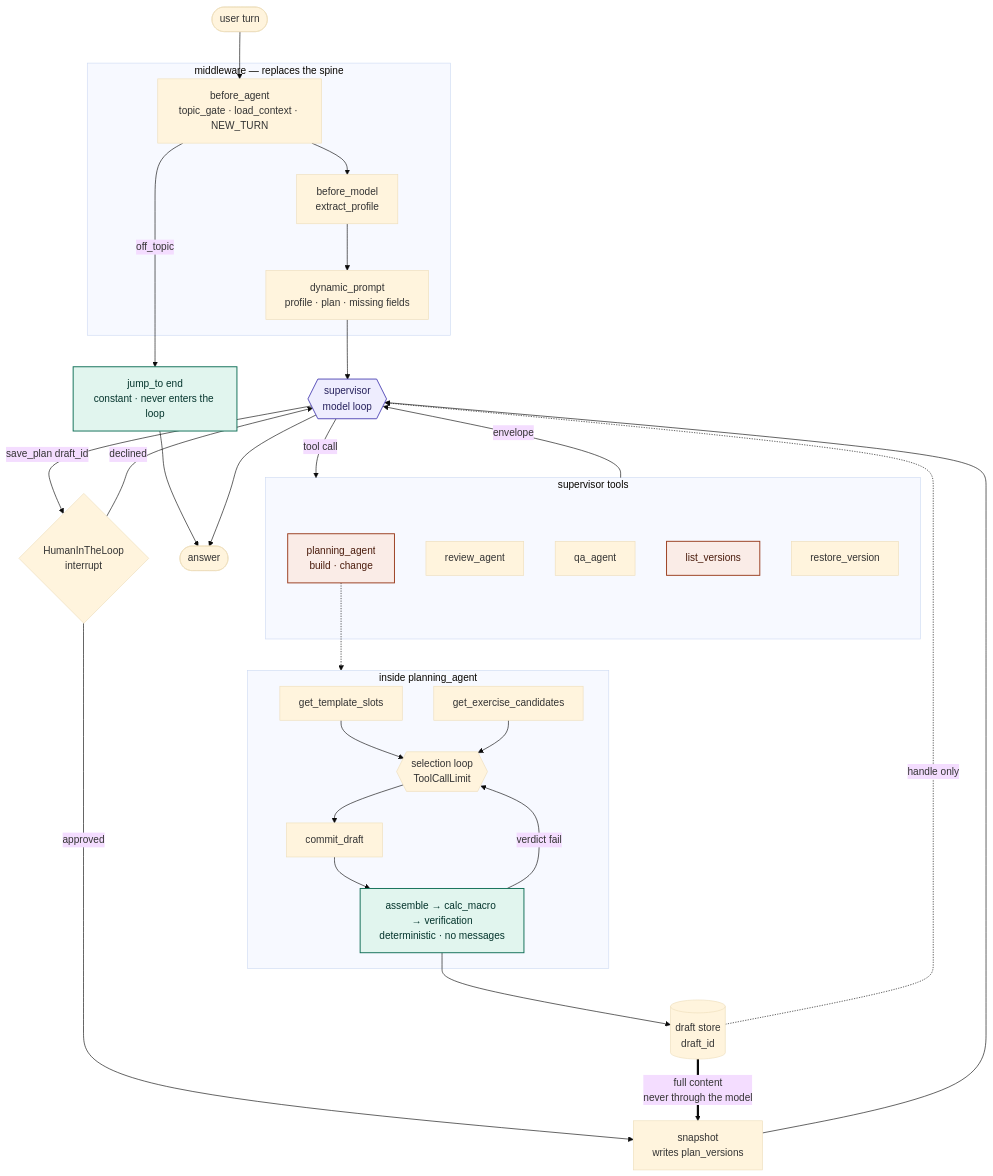
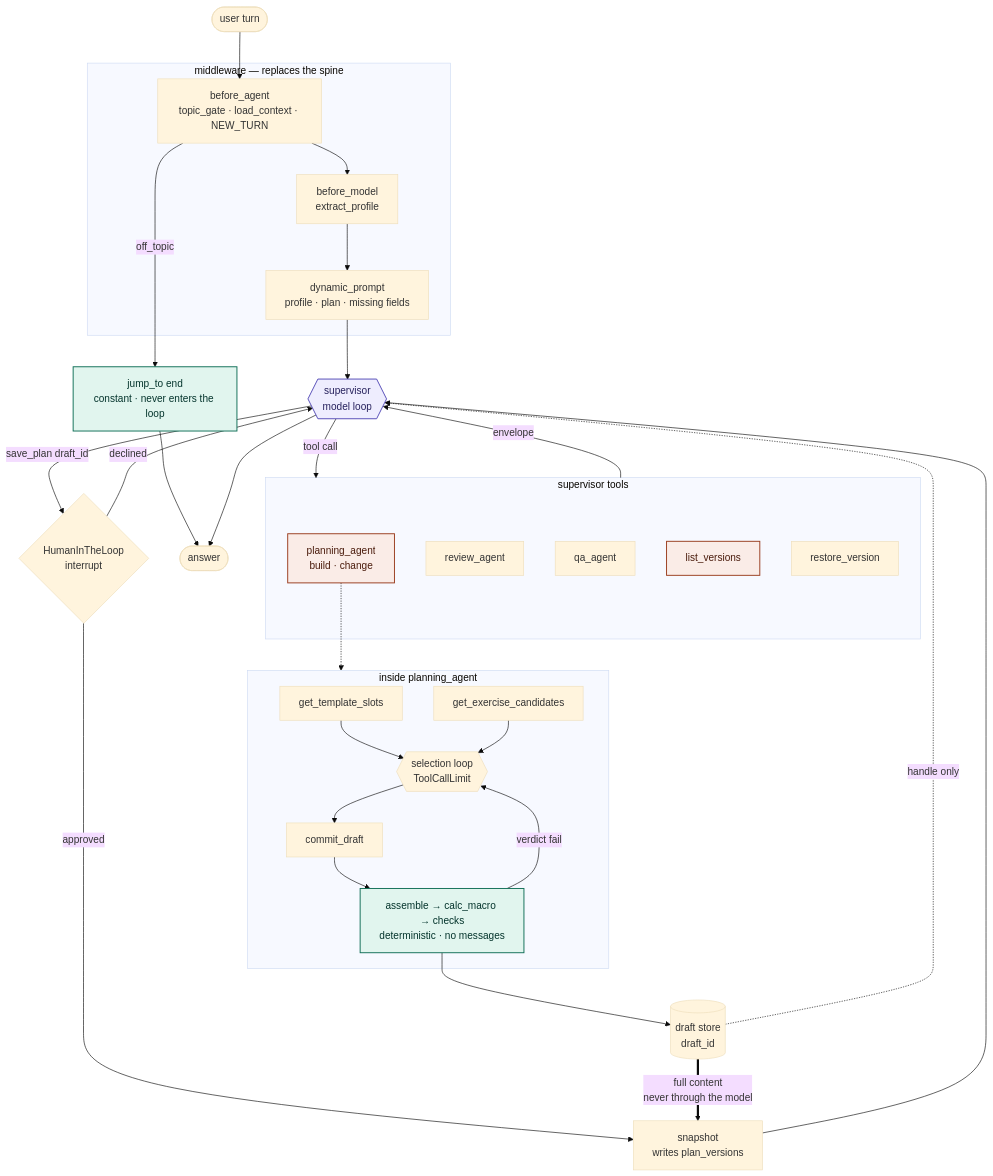
One commit to hoanhoang-agilityio/Assistant-Learning changed the diagram in docs/supervisor-architecture.md. Above: the diagram before and after it, drawn with Mermaid (base theme). The commit also changed other lines of this file and 3 other files, not shown here.

Commit message:
docs: update workflow and supervisor docs after dropping verification graph

````diff
--- a/docs/supervisor-architecture.md
+++ b/docs/supervisor-architecture.md
@@ -79,58 +80,58 @@
 ```mermaid
 flowchart TD
     START([user turn]) --> BA
 
     subgraph MW["middleware — replaces the spine"]
         BA["before_agent<br/>topic_gate · load_context · NEW_TURN"]
         BM["before_model<br/>extract_profile"]
         DP["dynamic_prompt<br/>profile · plan · missing fields"]
         BA --> BM --> DP
     end
 
     BA -->|off_topic| OFF["jump_to end<br/>constant · never enters the loop"]
     OFF --> DONE([answer])
 
     DP --> SUP{{"supervisor<br/>model loop"}}
 
     subgraph TOOLS["supervisor tools"]
         PLAN["planning_agent<br/>build · change"]
         REV["review_agent"]
         QA["qa_agent"]
         LV["list_versions"]
         RV["restore_version"]
     end
 
     SUP -->|tool call| TOOLS
     TOOLS -->|envelope| SUP
 
     SUP -->|save_plan draft_id| HITL{"HumanInTheLoop<br/>interrupt"}
     HITL -->|declined| SUP
     HITL -->|approved| SNAP["snapshot<br/>writes plan_versions"]
     SNAP --> SUP
     SUP --> DONE
 
     subgraph INSIDE["inside planning_agent"]
         GTS["get_template_slots"]
         GEC["get_exercise_candidates"]
         LOOP{{"selection loop<br/>ToolCallLimit"}}
         CD["commit_draft"]
-        VERI["assemble → calc_macro → verification<br/>deterministic · no messages"]
+        VERI["assemble → calc_macro → checks<br/>deterministic · no messages"]
         GTS --> LOOP
         GEC --> LOOP
         LOOP --> CD
         CD --> VERI
         VERI -->|verdict fail| LOOP
     end
 
     PLAN -.-> INSIDE
     VERI --> DRAFT[("draft store<br/>draft_id")]
     DRAFT -.->|handle only| SUP
     DRAFT ==>|full content<br/>never through the model| SNAP
 
     classDef sup fill:#EEEDFE,stroke:#534AB7,stroke-width:1.5px,color:#26215C
     classDef absorb fill:#FAECE7,stroke:#993C1D,stroke-width:1.5px,color:#4A1B0C
     classDef det fill:#E1F5EE,stroke:#0F6E56,stroke-width:1.5px,color:#04342C
     class SUP sup
     class PLAN,LV absorb
     class VERI,OFF det
 ```
````
